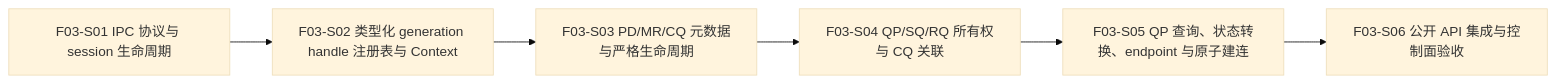
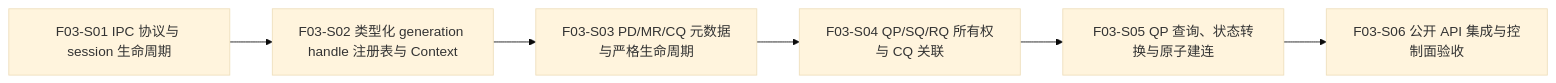
One commit to xuOAO/ugdr changed the diagram in docs/v1_docs/F03_Daemon_控制面与对象生命周期/F03_Daemon_控制面与对象生命周期_功能文档.md. Above: the diagram before and after it, drawn with Mermaid (base theme). The commit also changed other lines of this file and 6 other files, not shown here.

````diff
--- a/docs/v1_docs/F03_Daemon_控制面与对象生命周期/F03_Daemon_控制面与对象生命周期_功能文档.md
+++ b/docs/v1_docs/F03_Daemon_控制面与对象生命周期/F03_Daemon_控制面与对象生命周期_功能文档.md
@@ -87,8 +87,8 @@
 ```mermaid
 flowchart LR
     S01[F03-S01 IPC 协议与 session 生命周期] --> S02[F03-S02 类型化 generation handle 注册表与 Context]
     S02 --> S03[F03-S03 PD/MR/CQ 元数据与严格生命周期]
     S03 --> S04[F03-S04 QP/SQ/RQ 所有权与 CQ 关联]
-    S04 --> S05[F03-S05 QP 查询、状态转换、endpoint 与原子建连]
+    S04 --> S05[F03-S05 QP 查询、状态转换与原子建连]
     S05 --> S06[F03-S06 公开 API 集成与控制面验收]
 ```
````
